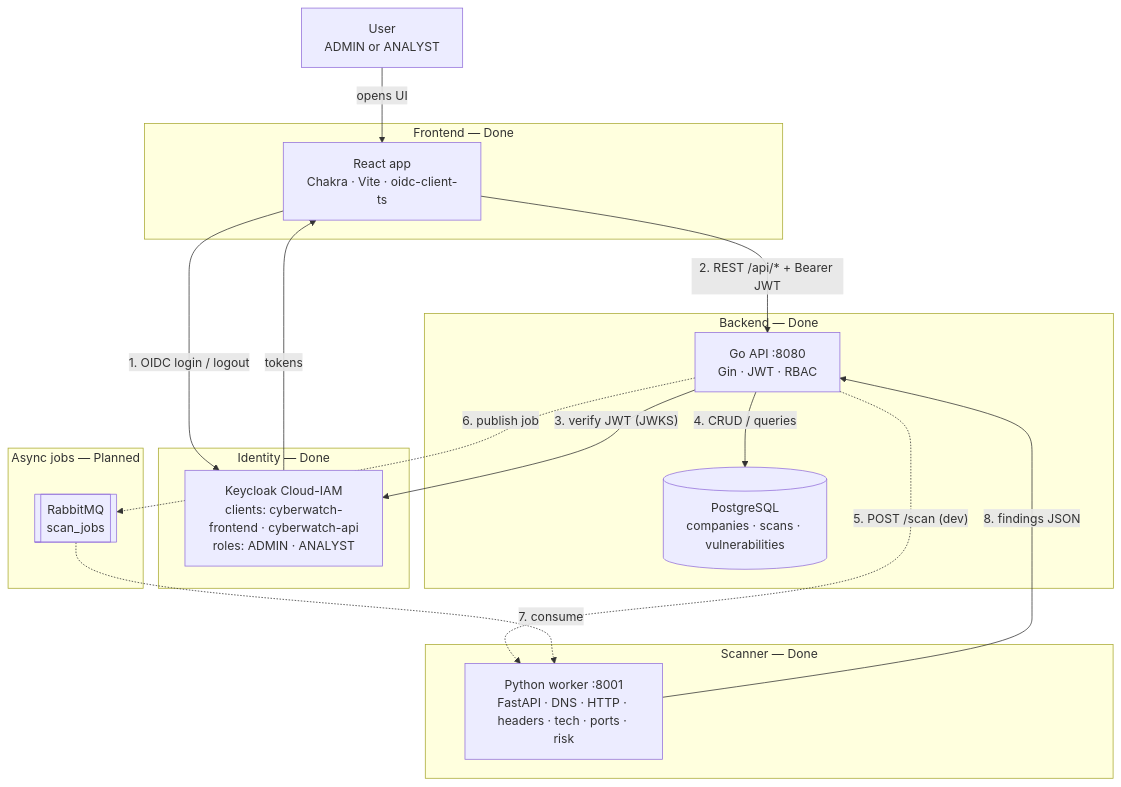
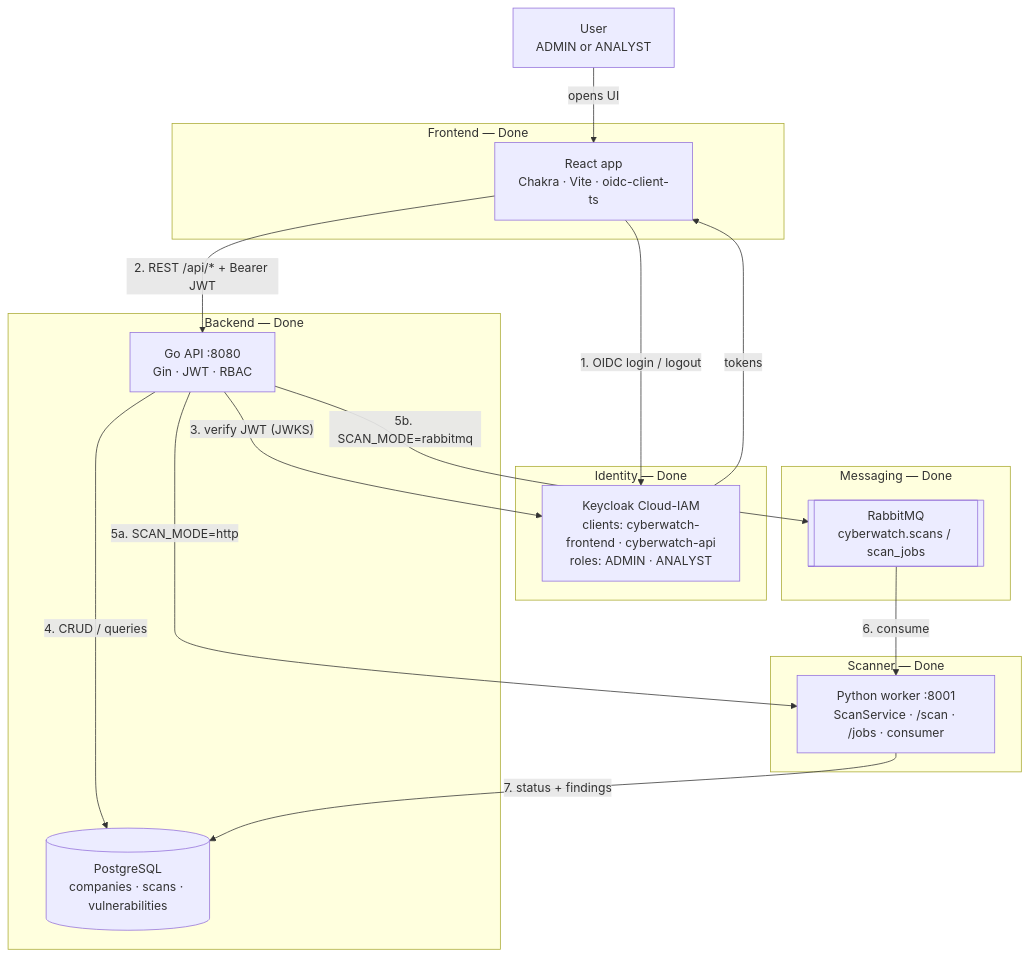
One commit to ChakerYaakoub/CyberWatch changed the first of 4 diagrams in README.md. Above: the diagram before and after it, drawn with Mermaid. The commit also changed other lines of this file and 36 other files, not shown here.

Commit message:
feat: add async scan pipeline with HTTP/RabbitMQ dual mode

````diff
--- a/README.md
+++ b/README.md
@@ -46,36 +46,36 @@
 ```mermaid
 flowchart TB
   User["User<br/>ADMIN or ANALYST"]
 
   subgraph Client["Frontend — Done"]
     FE["React app<br/>Chakra · Vite · oidc-client-ts"]
   end
 
   subgraph IdP["Identity — Done"]
     KC["Keycloak Cloud-IAM<br/>clients: cyberwatch-frontend · cyberwatch-api<br/>roles: ADMIN · ANALYST"]
   end
 
   subgraph APILayer["Backend — Done"]
     API["Go API :8080<br/>Gin · JWT · RBAC"]
     DB[("PostgreSQL<br/>companies · scans · vulnerabilities")]
   end
 
   subgraph Scanner["Scanner — Done"]
-    Worker["Python worker :8001<br/>FastAPI · DNS · HTTP · headers · tech · ports · risk"]
+    Worker["Python worker :8001<br/>ScanService · /scan · /jobs · consumer"]
   end
 
-  subgraph Future["Async jobs — Planned"]
-    MQ[["RabbitMQ<br/>scan_jobs"]]
+  subgraph Bus["Messaging — Done"]
+    MQ[["RabbitMQ<br/>cyberwatch.scans / scan_jobs"]]
   end
 
   User -->|"opens UI"| FE
   FE -->|"1. OIDC login / logout"| KC
   KC -->|"tokens"| FE
   FE -->|"2. REST /api/* + Bearer JWT"| API
   API -->|"3. verify JWT (JWKS)"| KC
   API -->|"4. CRUD / queries"| DB
-  API -.->|"5. POST /scan (dev)"| Worker
-  API -.->|"6. publish job"| MQ
-  MQ -.->|"7. consume"| Worker
-  Worker -->|"8. findings JSON"| API
+  API -->|"5a. SCAN_MODE=http"| Worker
+  API -->|"5b. SCAN_MODE=rabbitmq"| MQ
+  MQ -->|"6. consume"| Worker
+  Worker -->|"7. status + findings"| DB
 ```
````
